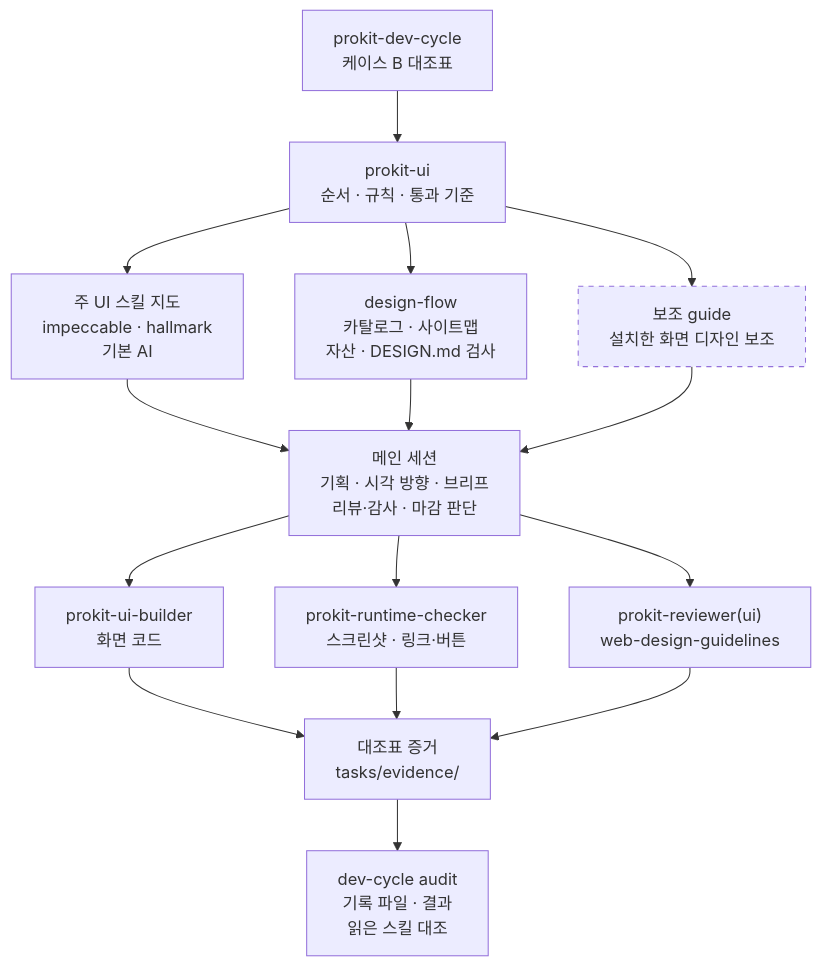
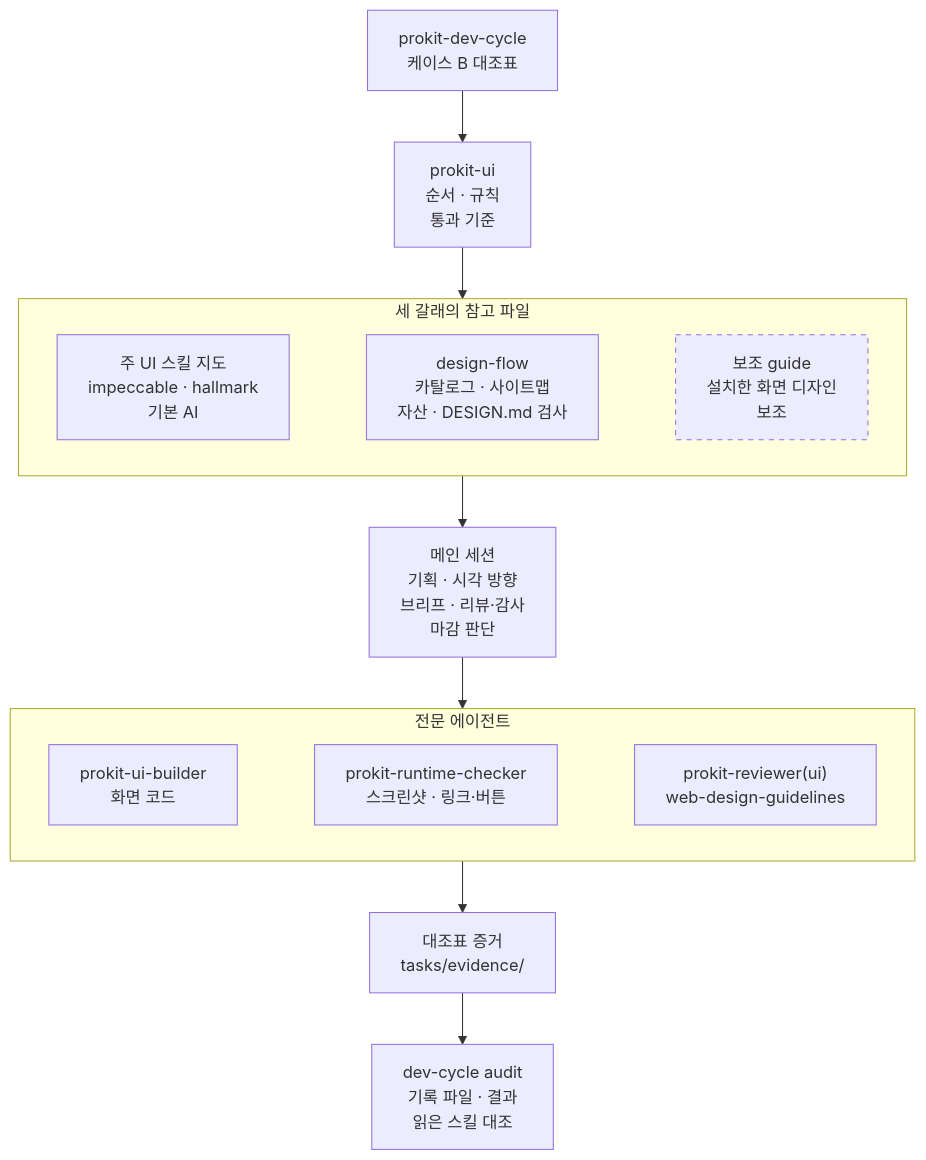
One commit to roadkwon-ai/pro-kit changed the second of 6 diagrams in handbook/design/ui-flow.md. Above: the diagram before and after it, drawn with Mermaid. The commit also changed other lines of this file and 26 other files, not shown here.

````diff
--- a/handbook/design/ui-flow.md
+++ b/handbook/design/ui-flow.md
@@ -65,24 +65,28 @@
 ```mermaid
 ---
 config:
   flowchart:
-    wrappingWidth: 180
+    wrappingWidth: 240
 ---
 flowchart TB
-  DC["prokit-dev-cycle<br/>케이스 B 대조표"] --> UI["prokit-ui<br/>순서 · 규칙 · 통과 기준"]
-  UI --> MAP["주 UI 스킬 지도<br/>impeccable · hallmark<br/>기본 AI"]
-  UI --> FLOW["design-flow<br/>카탈로그 · 사이트맵<br/>자산 · DESIGN.md 검사"]
-  UI --> ADD["보조 guide<br/>설치한 화면 디자인 보조"]
-  MAP --> MAIN["메인 세션<br/>기획 · 시각 방향 · 브리프<br/>리뷰·감사 · 마감 판단"]
-  FLOW --> MAIN
-  ADD --> MAIN
-  MAIN --> B["prokit-ui-builder<br/>화면 코드"]
-  MAIN --> RC["prokit-runtime-checker<br/>스크린샷 · 링크·버튼"]
-  MAIN --> RV["prokit-reviewer(ui)<br/>web-design-guidelines"]
-  B --> EV["대조표 증거<br/>tasks/evidence/"]
-  RC --> EV
-  RV --> EV
+  DC["prokit-dev-cycle<br/>케이스 B 대조표"] --> UI["prokit-ui<br/>순서 · 규칙<br/>통과 기준"]
+  UI --> REF
+  subgraph REF["세 갈래의 참고 파일"]
+    MAP["주 UI 스킬 지도<br/>impeccable · hallmark<br/>기본 AI"]
+    FLOW["design-flow<br/>카탈로그 · 사이트맵<br/>자산 · DESIGN.md 검사"]
+    ADD["보조 guide<br/>설치한 화면 디자인<br/>보조"]
+    MAP ~~~ FLOW ~~~ ADD
+  end
+  REF --> MAIN["메인 세션<br/>기획 · 시각 방향<br/>브리프 · 리뷰·감사<br/>마감 판단"]
+  MAIN --> AGS
+  subgraph AGS["전문 에이전트"]
+    B["prokit-ui-builder<br/>화면 코드"]
+    RC["prokit-runtime-checker<br/>스크린샷 · 링크·버튼"]
+    RV["prokit-reviewer(ui)<br/>web-design-guidelines"]
+    B ~~~ RC ~~~ RV
+  end
+  AGS --> EV["대조표 증거<br/>tasks/evidence/"]
   EV --> AU["dev-cycle audit<br/>기록 파일 · 결과<br/>읽은 스킬 대조"]
   classDef opt stroke-dasharray: 5 5
   class ADD opt
 ```
````
